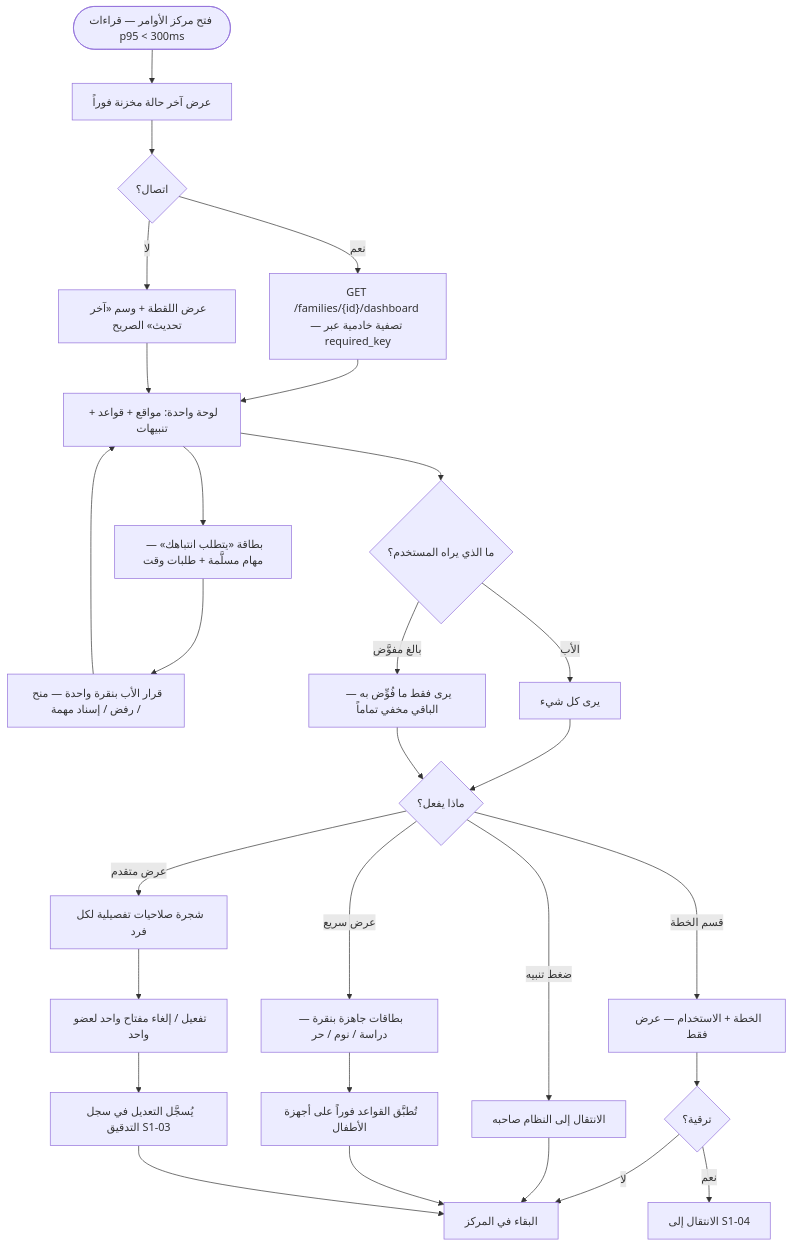
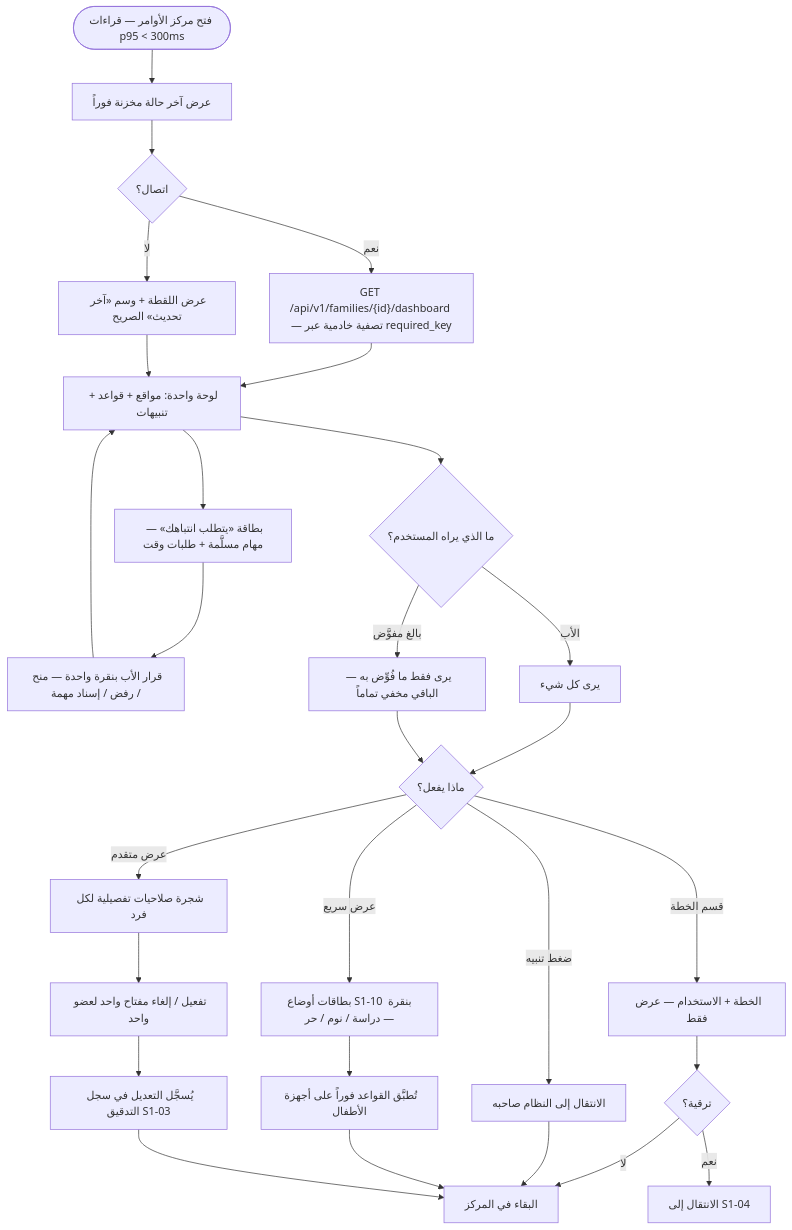
Before and after one commit to Bassam-mohammed-alqaeadi/family-os-v2: the tenth of 12 diagrams in docs/family-os/governance/phases/phase-1/S1-09-command-center-and-settings/DIAGRAMS.md, drawn with Mermaid. The commit also changed other lines of this file and 10 other files, not shown here.

Commit message:
إغلاق المراجعة الشاملة R1–R5 (Q-196…Q-231) — المخططات DIAGRAMS + خريطة السياق (2/4)

````diff
--- a/docs/family-os/governance/phases/phase-1/S1-09-command-center-and-settings/DIAGRAMS.md
+++ b/docs/family-os/governance/phases/phase-1/S1-09-command-center-and-settings/DIAGRAMS.md
@@ -361,30 +375,30 @@
 ```mermaid
 flowchart TD
     Start([فتح مركز الأوامر — قراءات p95 < 300ms]) --> Cached[عرض آخر حالة مخزنة فوراً]
     Cached --> Conn{اتصال؟}
-    Conn -->|نعم| Fetch["GET /families/{id}/dashboard — تصفية خادمية عبر required_key"]
+    Conn -->|نعم| Fetch["GET /api/v1/families/{id}/dashboard — تصفية خادمية عبر required_key"]
     Conn -->|لا| Stamp["عرض اللقطة + وسم «آخر تحديث» الصريح"]
     Fetch --> Dash[لوحة واحدة: مواقع + قواعد + تنبيهات]
     Stamp --> Dash
     Dash --> Attn["بطاقة «يتطلب انتباهك» — مهام مسلَّمة + طلبات وقت"]
     Attn --> Decide[قرار الأب بنقرة واحدة — منح / رفض / إسناد مهمة]
     Decide --> Dash
     Dash --> See{ما الذي يراه المستخدم؟}
     See -->|الأب| All[يرى كل شيء]
     See -->|بالغ مفوَّض| Only[يرى فقط ما فُوِّض به — الباقي مخفي تماماً]
     All --> Act{ماذا يفعل؟}
     Only --> Act
     Act -->|ضغط تنبيه| Nav[الانتقال إلى النظام صاحبه]
-    Act -->|عرض سريع| Quick[بطاقات جاهزة بنقرة — دراسة / نوم / حر]
+    Act -->|عرض سريع| Quick[بطاقات أوضاع S1-10 بنقرة — دراسة / نوم / حر]
     Quick --> Apply[تُطبَّق القواعد فوراً على أجهزة الأطفال]
     Act -->|عرض متقدم| Adv[شجرة صلاحيات تفصيلية لكل فرد]
     Adv --> Edit[تفعيل / إلغاء مفتاح واحد لعضو واحد]
     Edit --> Audit[يُسجَّل التعديل في سجل التدقيق S1-03]
     Act -->|قسم الخطة| Plan[الخطة + الاستخدام — عرض فقط]
     Plan --> Upg{ترقية؟}
     Upg -->|نعم| S104[الانتقال إلى S1-04]
     Upg -->|لا| Stay[البقاء في المركز]
     Nav --> Stay
     Apply --> Stay
     Audit --> Stay
 ```
````
